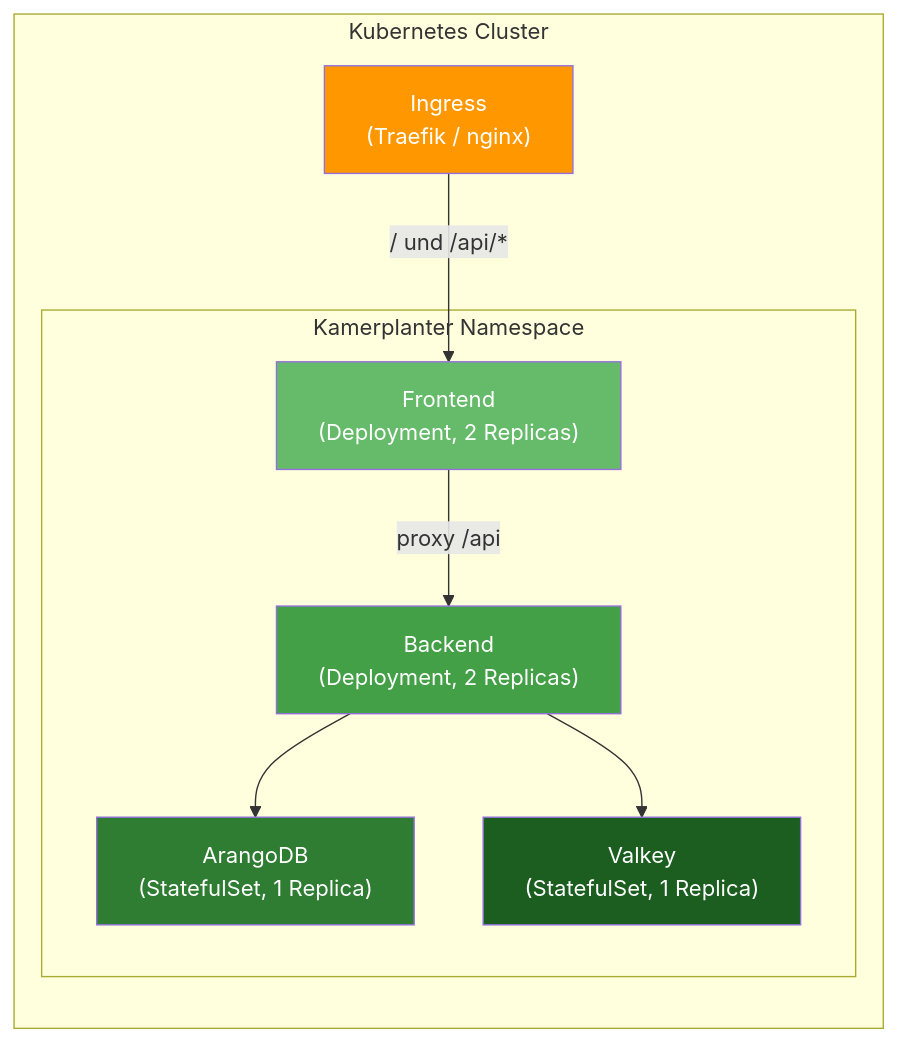
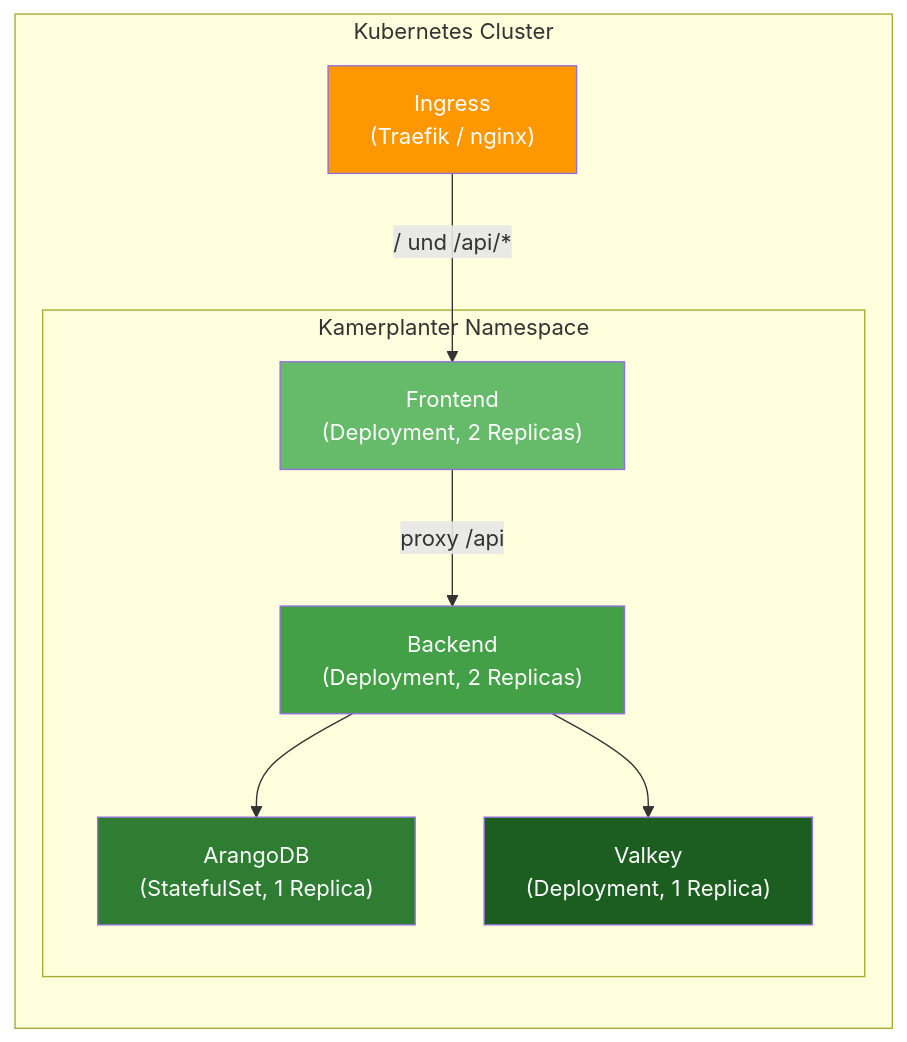
One commit to nolte/kamerplanter changed the diagram in docs/de/deployment/kubernetes.md. Above: the diagram before and after it, drawn with Mermaid. The commit also changed other lines of this file and 16 other files, not shown here.

````diff
--- a/docs/de/deployment/kubernetes.md
+++ b/docs/de/deployment/kubernetes.md
@@ -22,25 +22,25 @@
 ```mermaid
 flowchart TB
     subgraph "Kubernetes Cluster"
         direction TB
         ING["Ingress<br/>(Traefik / nginx)"]
 
         subgraph "Kamerplanter Namespace"
             FE["Frontend<br/>(Deployment, 2 Replicas)"]
             BE["Backend<br/>(Deployment, 2 Replicas)"]
             DB["ArangoDB<br/>(StatefulSet, 1 Replica)"]
-            VK["Valkey<br/>(StatefulSet, 1 Replica)"]
+            VK["Valkey<br/>(Deployment, 1 Replica)"]
         end
     end
 
     ING -->|"/ und /api/*"| FE
     BE --> DB
     BE --> VK
     FE -->|"proxy /api"| BE
 
     style ING fill:#FF9800,color:#fff
     style FE fill:#66BB6A,color:#fff
     style BE fill:#43A047,color:#fff
     style DB fill:#2E7D32,color:#fff
     style VK fill:#1B5E20,color:#fff
 ```
````
